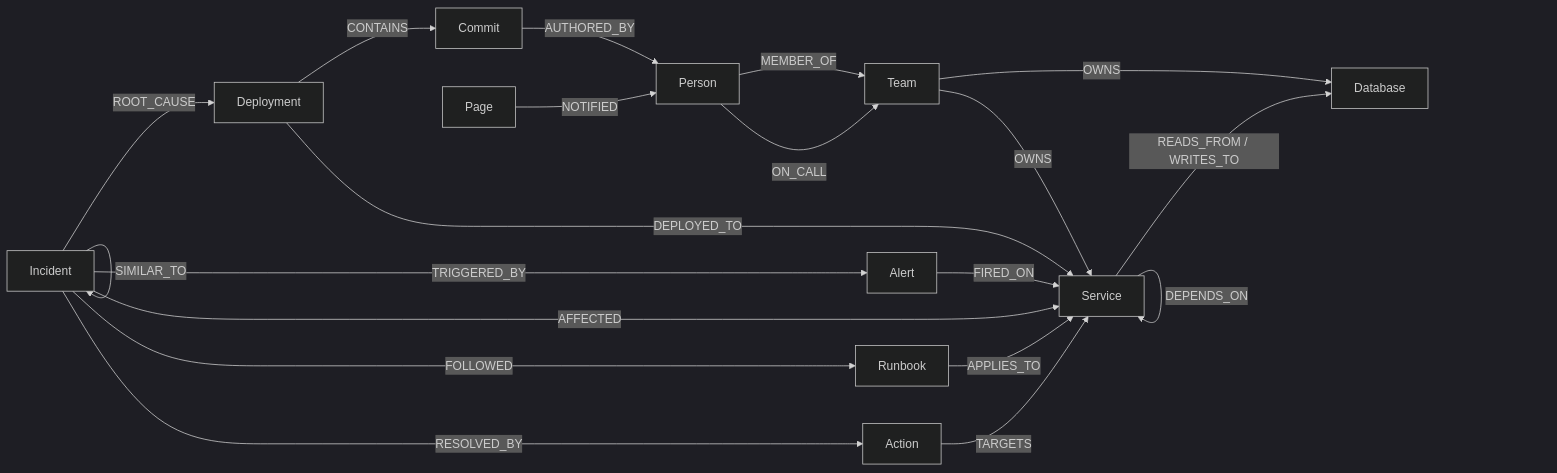
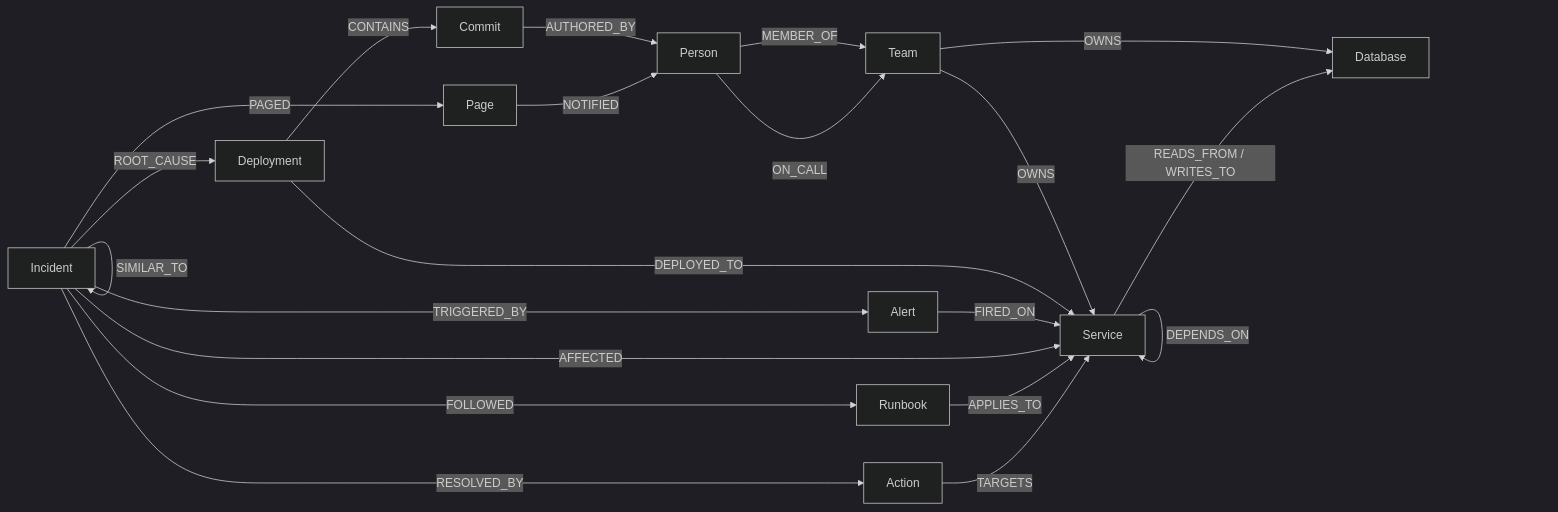
One commit to kalp-cg/graph-hacks changed the diagram in docs/data-model.md. Above: the diagram before and after it, drawn with Mermaid (dark theme). The commit also changed other lines of this file and 12 other files, not shown here.

````diff
--- a/docs/data-model.md
+++ b/docs/data-model.md
@@ -10,22 +10,23 @@
 ```mermaid
 graph LR
   Team -- OWNS --> Service
   Team -- OWNS --> Database
   Person -- MEMBER_OF --> Team
   Person -- ON_CALL --> Team
   Service -- DEPENDS_ON --> Service
   Service -- READS_FROM / WRITES_TO --> Database
   Deployment -- DEPLOYED_TO --> Service
   Deployment -- CONTAINS --> Commit
   Commit -- AUTHORED_BY --> Person
   Alert -- FIRED_ON --> Service
   Incident -- TRIGGERED_BY --> Alert
   Incident -- AFFECTED --> Service
   Incident -- ROOT_CAUSE --> Deployment
   Incident -- RESOLVED_BY --> Action
   Incident -- SIMILAR_TO --> Incident
   Incident -- FOLLOWED --> Runbook
   Runbook -- APPLIES_TO --> Service
   Action -- TARGETS --> Service
+  Incident -- PAGED --> Page
   Page -- NOTIFIED --> Person
 ```
````
